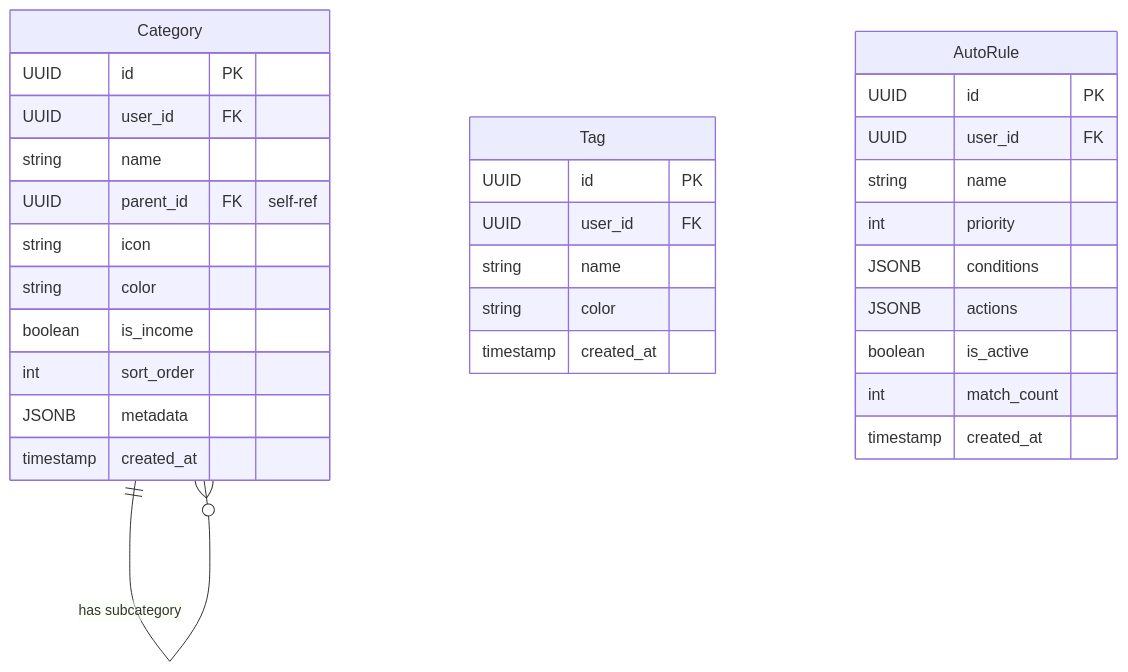
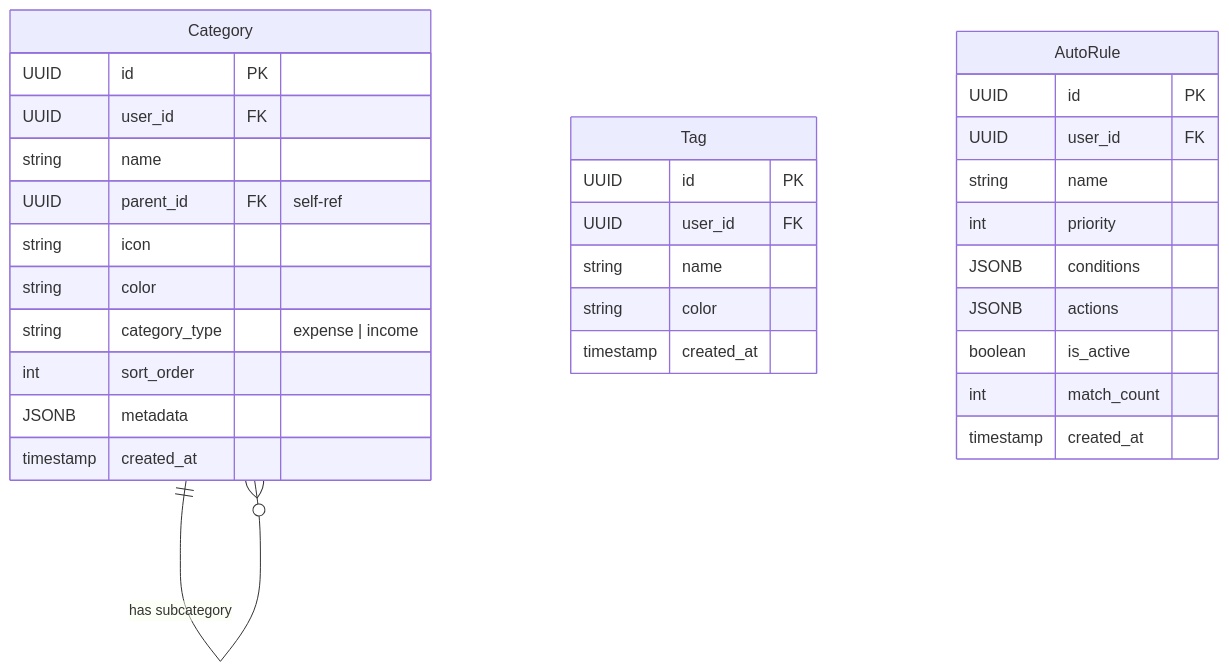
One commit to Xsarius/RustVault changed the sixth of 14 diagrams in docs/development_plan/IMPLEMENTATION_PLAN.md. Above: the diagram before and after it, drawn with Mermaid. The commit also changed other lines of this file and 11 other files, not shown here.

````diff
--- a/docs/development_plan/IMPLEMENTATION_PLAN.md
+++ b/docs/development_plan/IMPLEMENTATION_PLAN.md
@@ -277,37 +273,37 @@
 ```mermaid
 erDiagram
     Category {
         UUID id PK
         UUID user_id FK
         string name
         UUID parent_id FK "self-ref"
         string icon
         string color
-        boolean is_income
+        string category_type "expense | income"
         int sort_order
         JSONB metadata
         timestamp created_at
     }
 
     Tag {
         UUID id PK
         UUID user_id FK
         string name
         string color
         timestamp created_at
     }
 
     AutoRule {
         UUID id PK
         UUID user_id FK
         string name
         int priority
         JSONB conditions
         JSONB actions
         boolean is_active
         int match_count
         timestamp created_at
     }
 
     Category ||--o{ Category : "has subcategory"
 ```
````
